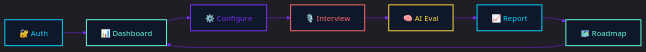
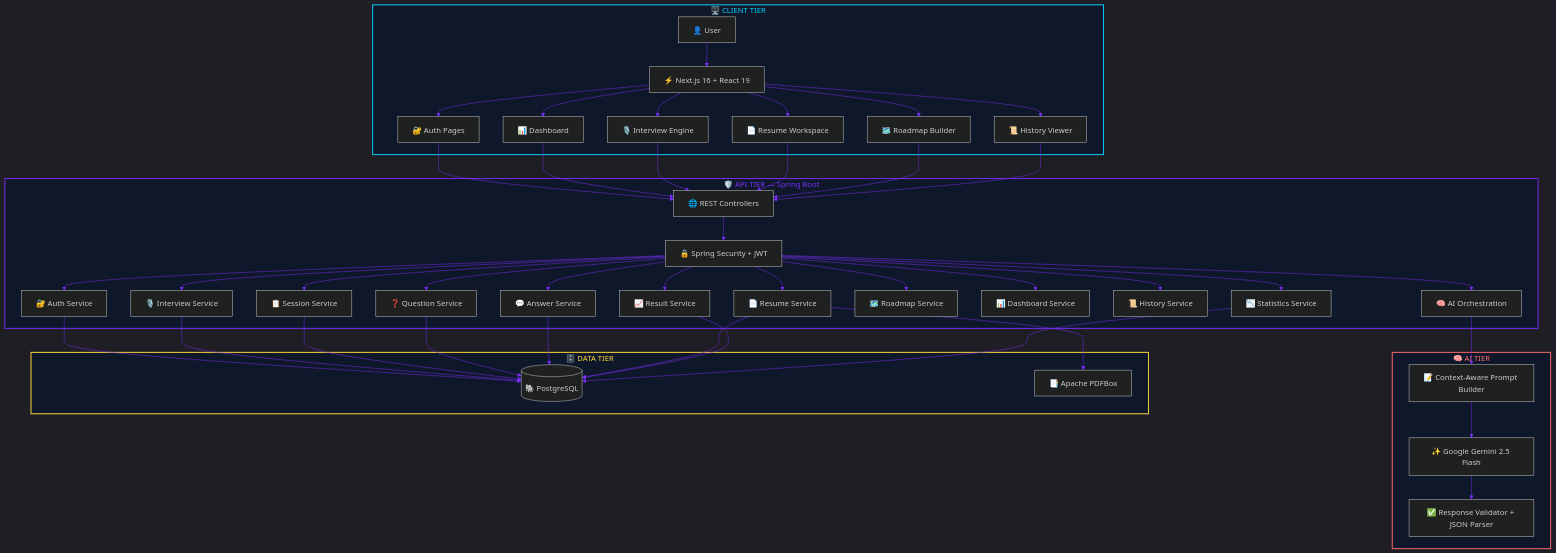
Before and after one commit to Jawahar08/interviewforge-ai: the first of 6 diagrams in README.md, drawn with Mermaid. The commit also changed other lines of this file and 6 other files, not shown here.

Commit message:
docs: complete rewrite of README with animations, architecture diagrams, and updated features

````diff
--- a/README.md
+++ b/README.md
@@ -120,20 +298,63 @@
 ```mermaid
-%%{init: {'theme': 'dark', 'themeVariables': { 'primaryColor': '#1e293b', 'primaryTextColor': '#e2e8f0', 'primaryBorderColor': '#00d2ff', 'lineColor': '#7b2ff7', 'secondaryColor': '#0f172a', 'tertiaryColor': '#162447', 'fontFamily': 'Segoe UI, sans-serif'}}}%%
+%%{init: {'theme': 'dark', 'themeVariables': { 'primaryColor': '#1e293b', 'primaryTextColor': '#e2e8f0', 'primaryBorderColor': '#00d2ff', 'lineColor': '#7b2ff7', 'secondaryColor': '#0f172a', 'fontFamily': 'JetBrains Mono, monospace'}}}%%
 
-flowchart LR
-    A["🔐 Auth"] --> B["📊 Dashboard"]
-    B --> C["⚙️ Configure"]
-    C --> D["🎙️ Interview"]
-    D --> E["🧠 AI Eval"]
-    E --> F["📈 Report"]
-    F --> G["🗺️ Roadmap"]
-    G --> B
+flowchart TD
+    subgraph CLIENT["🖥️ CLIENT TIER"]
+        U["👤 User"] --> FE["⚡ Next.js 16 + React 19"]
+        FE --> AUTH_UI["🔐 Auth Pages"]
+        FE --> DASH_UI["📊 Dashboard"]
+        FE --> INT_UI["🎙️ Interview Engine"]
+        FE --> RES_UI["📄 Resume Workspace"]
+        FE --> ROAD_UI["🗺️ Roadmap Builder"]
+        FE --> HIST_UI["📜 History Viewer"]
+    end
 
-    style A fill:#0f172a,stroke:#00d2ff,stroke-width:2px,color:#00d2ff
-    style B fill:#0f172a,stroke:#64ffda,stroke-width:2px,color:#64ffda
-    style C fill:#0f172a,stroke:#7b2ff7,stroke-width:2px,color:#7b2ff7
-    style D fill:#0f172a,stroke:#ff6b6b,stroke-width:2px,color:#ff6b6b
-    style E fill:#0f172a,stroke:#ffd93d,stroke-width:2px,color:#ffd93d
-    style F fill:#0f172a,stroke:#00d2ff,stroke-width:2px,color:#00d2ff
-    style G fill:#0f172a,stroke:#64ffda,stroke-width:2px,color:#64ffda
+    subgraph API["🛡️ API TIER — Spring Boot"]
+        GW["🌐 REST Controllers"] --> SEC["🔒 Spring Security + JWT"]
+        SEC --> AUTH_SVC["🔐 Auth Service"]
+        SEC --> INT_SVC["🎙️ Interview Service"]
+        SEC --> SESSION_SVC["📋 Session Service"]
+        SEC --> Q_SVC["❓ Question Service"]
+        SEC --> ANS_SVC["💬 Answer Service"]
+        SEC --> AI_SVC["🧠 AI Orchestration"]
+        SEC --> RES_SVC["📄 Resume Service"]
+        SEC --> ROAD_SVC["🗺️ Roadmap Service"]
+        SEC --> DASH_SVC["📊 Dashboard Service"]
+        SEC --> HIST_SVC["📜 History Service"]
+        SEC --> RESULT_SVC["📈 Result Service"]
+        SEC --> STATS_SVC["📉 Statistics Service"]
+    end
+
+    subgraph AI_TIER["🧠 AI TIER"]
+        AI_SVC --> PROMPT["📝 Context-Aware Prompt Builder"]
+        PROMPT --> GEMINI["✨ Google Gemini 2.5 Flash"]
+        GEMINI --> PARSE["✅ Response Validator + JSON Parser"]
+    end
+
+    subgraph DATA["🗄️ DATA TIER"]
+        DB[("🐘 PostgreSQL")]
+        PDF["📑 Apache PDFBox"]
+    end
+
+    AUTH_UI --> GW
+    DASH_UI --> GW
+    INT_UI --> GW
+    RES_UI --> GW
+    ROAD_UI --> GW
+    HIST_UI --> GW
+
+    AUTH_SVC --> DB
+    INT_SVC --> DB
+    SESSION_SVC --> DB
+    Q_SVC --> DB
+    ANS_SVC --> DB
+    RES_SVC --> DB
+    RES_SVC --> PDF
+    RESULT_SVC --> DB
+    STATS_SVC --> DB
+
+    style CLIENT fill:#0f172a,stroke:#00d2ff,stroke-width:2px,color:#00d2ff
+    style API fill:#0f172a,stroke:#7b2ff7,stroke-width:2px,color:#7b2ff7
+    style AI_TIER fill:#0f172a,stroke:#ff6b6b,stroke-width:2px,color:#ff6b6b
+    style DATA fill:#0f172a,stroke:#ffd93d,stroke-width:2px,color:#ffd93d
 ```
````
